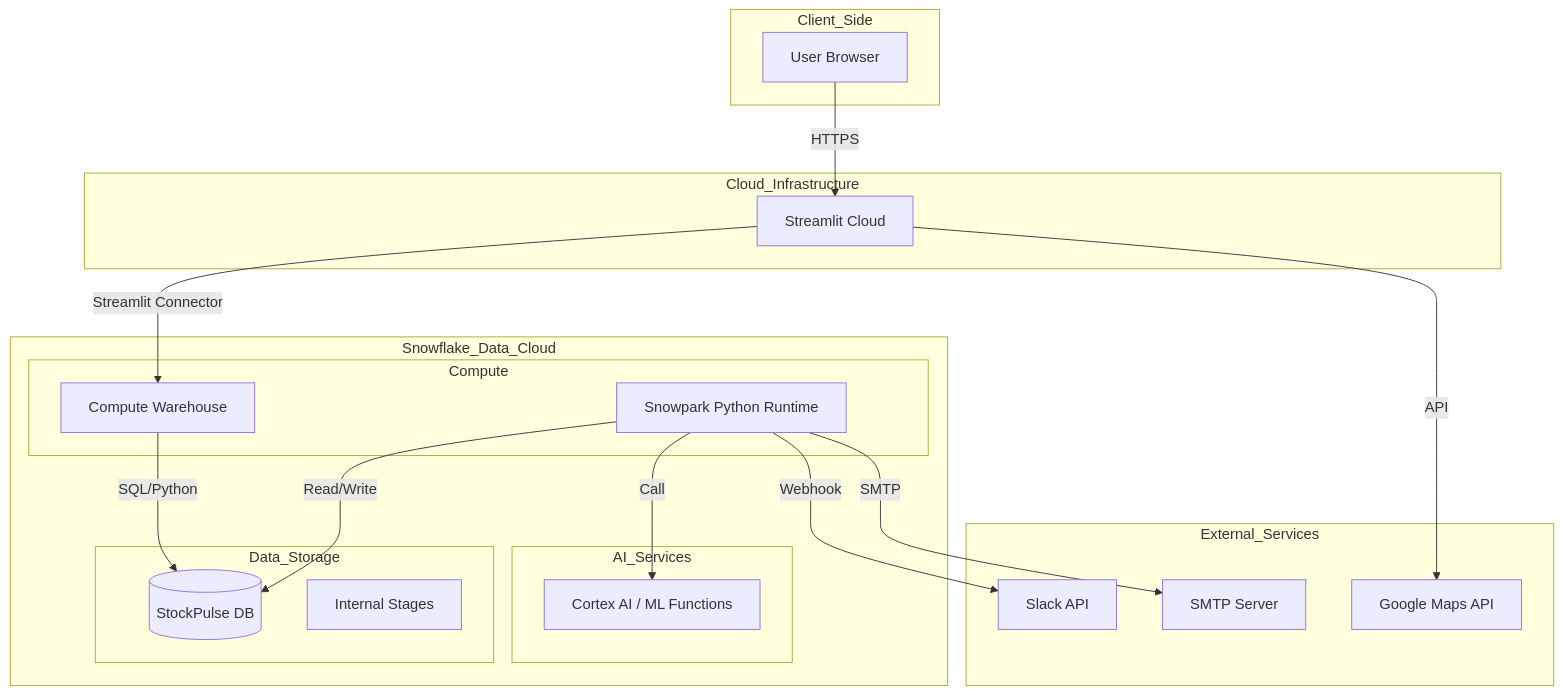
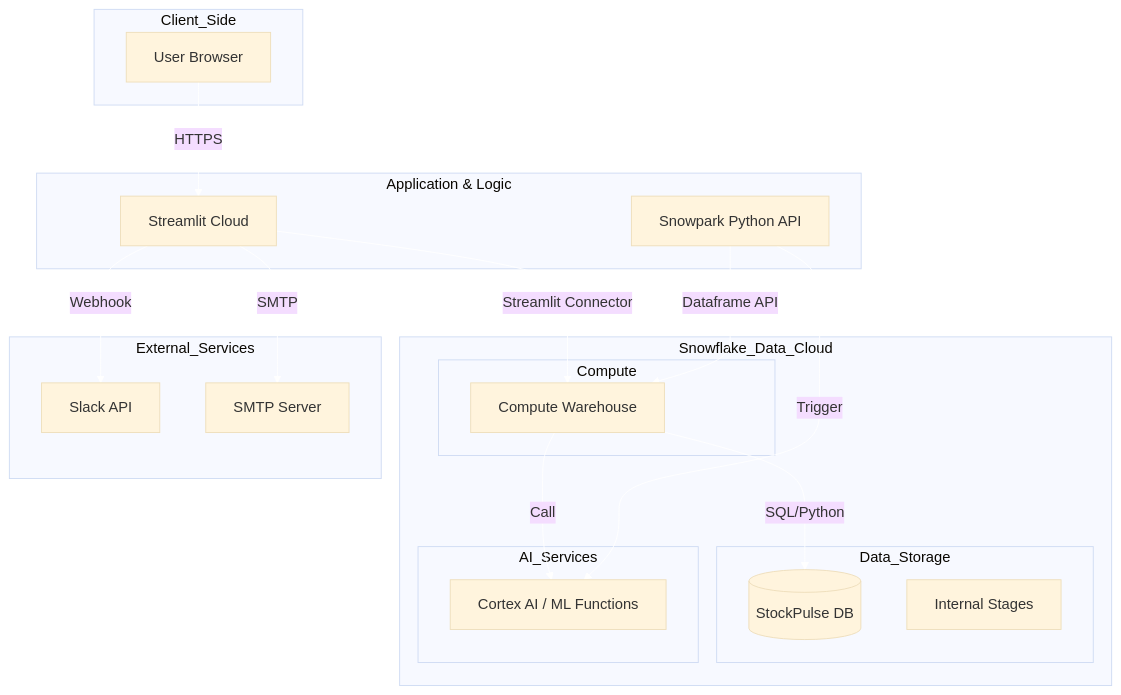
One commit to FlemingJohn/StockPulse-360 changed the diagram in diagrams/architecture.mmd. Above: the diagram before and after it, drawn with Mermaid. The commit also changed 1 other file, not shown here.

Commit message:
feat: Extract and update architecture diagram to reflect Snowpark Python API integration and revised external service connections.

```diff
--- a/diagrams/architecture.mmd
+++ b/diagrams/architecture.mmd
@@ -1,40 +1,40 @@
+%%{init: { "theme": "base", "themeVariables": { "lineColor": "#ffffff" } }}%%
 graph TB
     subgraph Client_Side
         Browser[User Browser]
     end
 
-    subgraph Cloud_Infrastructure
+    subgraph "Application & Logic"
         Streamlit[Streamlit Cloud]
+        Snowpark[Snowpark Python API]
     end
 
     subgraph Snowflake_Data_Cloud
         subgraph Compute
             WH[Compute Warehouse]
-            SP[Snowpark Python Runtime]
         end
         
         subgraph Data_Storage
             DB[(StockPulse DB)]
             Stage[Internal Stages]
         end
         
         subgraph AI_Services
             Cortex[Cortex AI / ML Functions]
         end
     end
 
     subgraph External_Services
-        GM[Google Maps API]
         Slack[Slack API]
         SMTP[SMTP Server]
     end
 
     Browser -- HTTPS --> Streamlit
     Streamlit -- Streamlit Connector --> WH
+    Snowpark -- Dataframe API --> WH
     WH -- SQL/Python --> DB
-    SP -- Read/Write --> DB
-    SP -- Call --> Cortex
     
-    Streamlit -- API --> GM
-    SP -- Webhook --> Slack
-    SP -- SMTP --> SMTP
+    Streamlit -- Webhook --> Slack
+    Streamlit -- SMTP --> SMTP
+    WH -- Call --> Cortex
+    Snowpark -- Trigger --> Cortex
```
